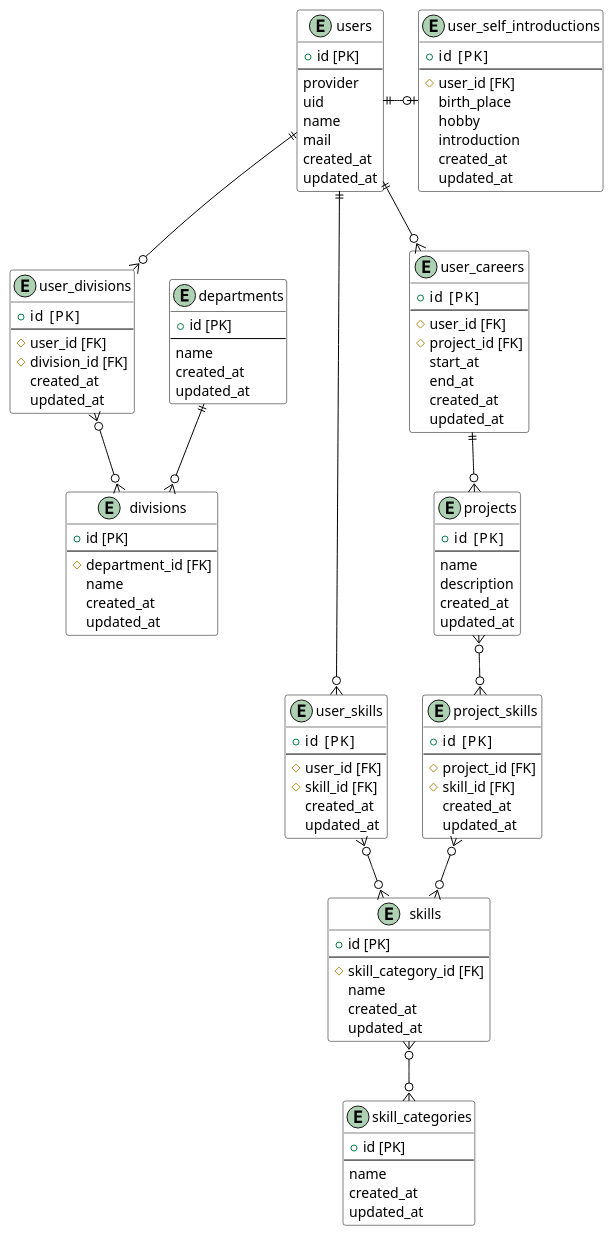
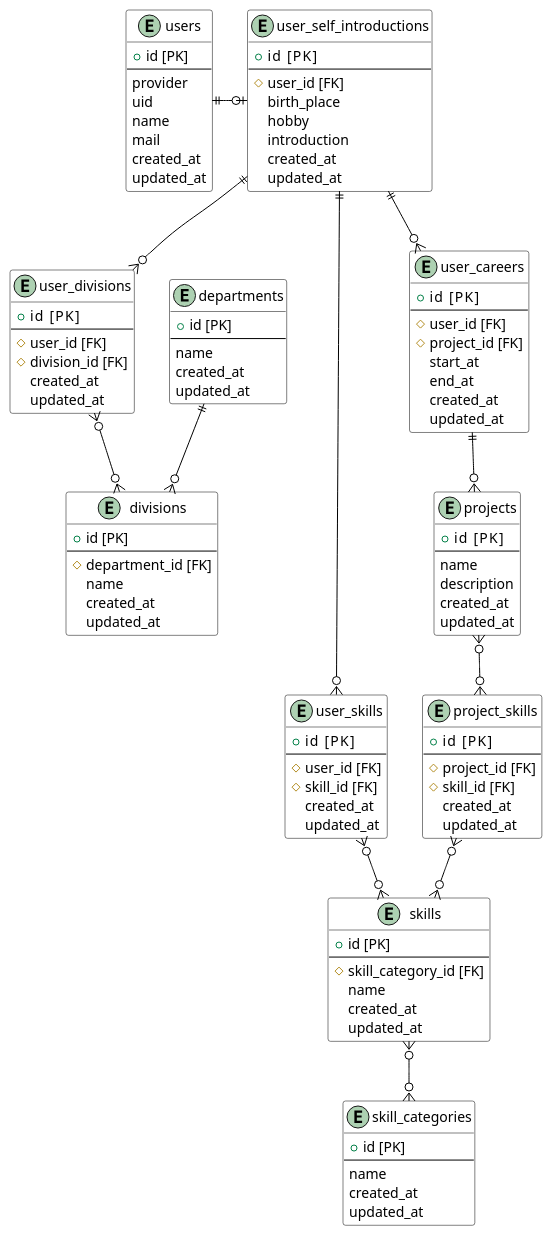
One commit to KunioOkita/self_introduction_app changed the diagram in docs/ER図.pu. Above: the diagram before and after it, drawn with PlantUML.

Commit message:
user_self_introduction テーブルに紐付けるように変更

```diff
--- a/docs/ER図.pu
+++ b/docs/ER図.pu
@@ -1,127 +1,127 @@
 @startuml
 /'
 デフォルトのスタイルを設定します。
 この場合の指定は class です。entity ではエラーになります。
 '/
 skinparam class {
     BackgroundColor METAL
     BorderColor Black
     ArrowColor Black
 }
 
 entity "users" as users {
     + id [PK]
     --
     provider
     uid
     name
     mail
     created_at
     updated_at
 }
 
 entity "user_self_introductions" as user_self_introductions {
     + id   [PK]
     --
     # user_id [FK]
     birth_place
     hobby
     introduction
     created_at
     updated_at
 }
 
 entity "user_divisions" as user_divisions {
     + id   [PK]
     --
     # user_id [FK]
     # division_id [FK]
     created_at
     updated_at
 }
 
 entity "departments" as departments {
     + id [PK]
     --
     name
     created_at
     updated_at
 }
 
 entity "divisions" as divisions {
     + id [PK]
     --
     # department_id [FK]
     name
     created_at
     updated_at
 }
 
 entity "skills" as skills {
     + id [PK]
     --
     # skill_category_id [FK]
     name
     created_at
     updated_at
 }
 
 entity "skill_categories" as skill_categories {
     + id [PK]
     --
     name
     created_at
     updated_at
 }
 
 entity "user_skills" as user_skills {
     + id   [PK]
     --
     # user_id [FK]
     # skill_id [FK]
     created_at
     updated_at
 }
 
 entity "user_careers" as user_careers {
     + id   [PK]
     --
     # user_id [FK]
     # project_id [FK]
     start_at
     end_at
     created_at
     updated_at
 }
 
 entity "projects" as projects {
     + id   [PK]
     --
     name
     description
     created_at
     updated_at
 }
 
 entity "project_skills" as project_skills {
     + id   [PK]
     --
     # project_id [FK]
     # skill_id [FK]
     created_at
     updated_at
 }
 
 users ||--right--o| user_self_introductions
-users ||--o{ user_divisions
-users ||--o{ user_skills
-users ||--o{ user_careers
+user_self_introductions ||--o{ user_divisions
+user_self_introductions ||--o{ user_skills
+user_self_introductions ||--o{ user_careers
 user_divisions }o--o{ divisions
 departments ||--o{ divisions
 skills }o--o{ skill_categories
 user_skills }o--o{ skills
 projects }o--o{ project_skills
 project_skills }o--o{ skills
 user_careers ||--o{ projects
 
 @enduml
```
